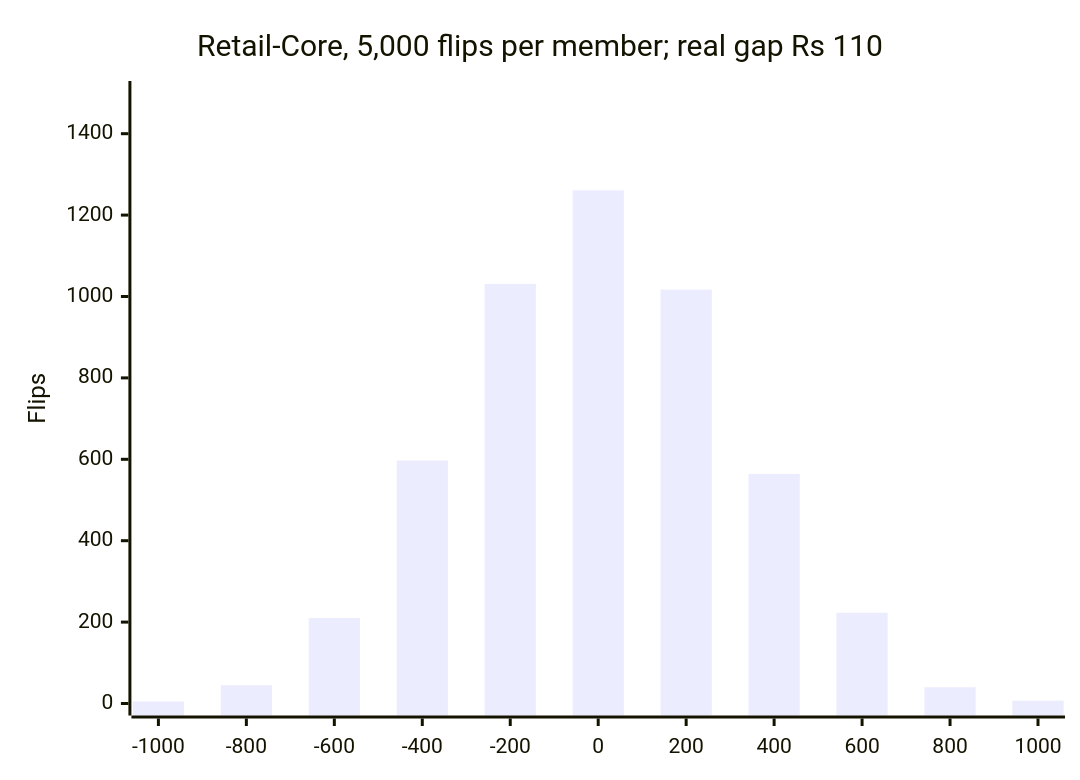
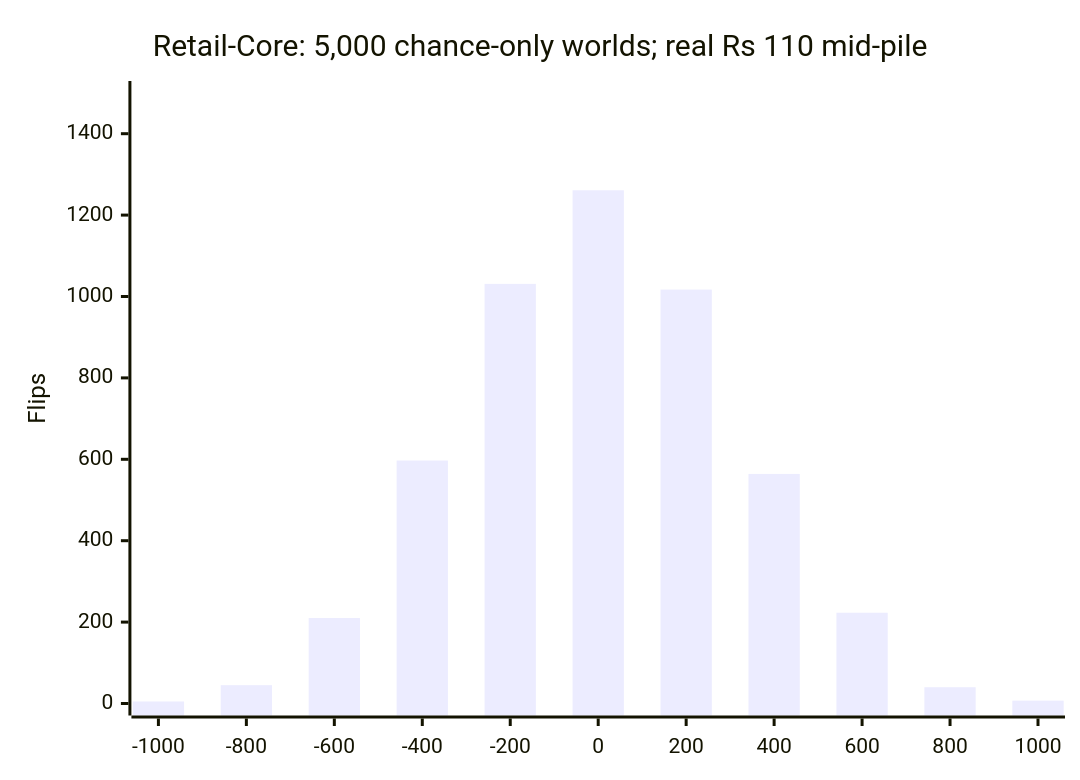
One commit to fde-academy-lab/c2-content-factory changed the fifth of 27 diagrams in content/W01/D4/slides/C2_W01_D04_half1_STUDENT.md. Above: the diagram before and after it, drawn with Mermaid. The commit also changed other lines of this file and 2 other files, not shown here.

````diff
--- a/content/W01/D4/slides/C2_W01_D04_half1_STUDENT.md
+++ b/content/W01/D4/slides/C2_W01_D04_half1_STUDENT.md
@@ -398,7 +394,7 @@
 ```mermaid
 xychart-beta
-    title "Retail-Core, 5,000 flips per member; real gap Rs 110"
+    title "Retail-Core: 5,000 chance-only worlds; real Rs 110 mid-pile"
     x-axis ["-1000", "-800", "-600", "-400", "-200", "0", "200", "400", "600", "800", "1000"]
     y-axis "Flips" 0 --> 1500
     bar [5, 45, 210, 597, 1031, 1261, 1017, 564, 223, 40, 7]
 ```
````
